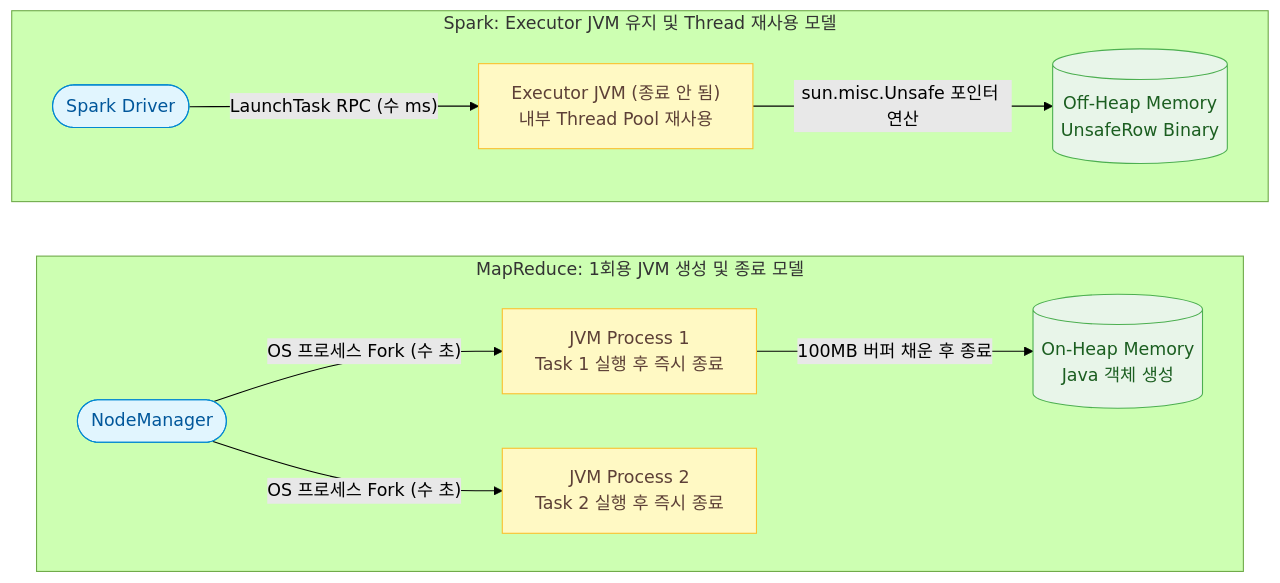
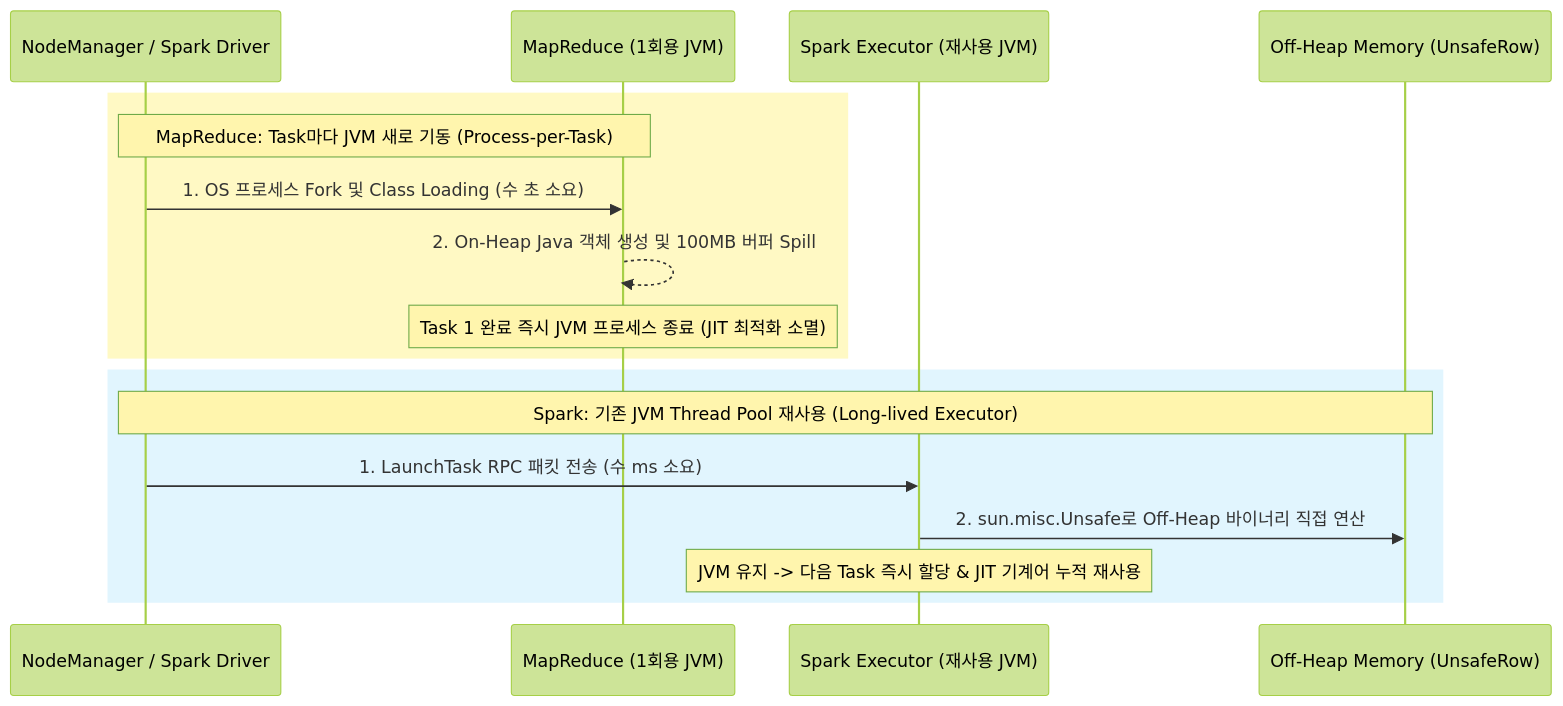
The first of 11 diagrams in docs/dbms/distributed/mapreduce-spark-and-distributed-db-internals.md (djpibo/djpibo.github.io), drawn with Mermaid (forest theme) before and after one commit. The commit also changed other lines of this file and 4 other files, not shown here.

Commit message:
style(mermaid): remove hachure fill, refactor key diagrams to sequence/decision-tree, and update AGENTS.md

````diff
--- a/docs/dbms/distributed/mapreduce-spark-and-distributed-db-internals.md
+++ b/docs/dbms/distributed/mapreduce-spark-and-distributed-db-internals.md
@@ -21,26 +21,21 @@
 ```mermaid
-flowchart LR
-    classDef storage fill:#E8F5E9,stroke:#4CAF50,color:#1B5E20;
-    classDef process fill:#FFF9C4,stroke:#FBC02D,color:#5D4037;
-    classDef cloud fill:#E1F5FE,stroke:#0288D1,color:#01579B;
+sequenceDiagram
+    participant Master as NodeManager / Spark Driver
+    participant MR as MapReduce (1회용 JVM)
+    participant SP as Spark Executor (재사용 JVM)
+    participant Mem as Off-Heap Memory (UnsafeRow)
 
-    subgraph MR ["MapReduce: 1회용 JVM 생성 및 종료 모델"]
-        direction LR
-        NM1(["NodeManager"]):::cloud
-        JVM1["JVM Process 1<br/>Task 1 실행 후 즉시 종료"]:::process
-        JVM2["JVM Process 2<br/>Task 2 실행 후 즉시 종료"]:::process
-        HEAP1[("On-Heap Memory<br/>Java 객체 생성")]:::storage
-        NM1 -->|"OS 프로세스 Fork (수 초)"| JVM1
-        NM1 -->|"OS 프로세스 Fork (수 초)"| JVM2
-        JVM1 -->|"100MB 버퍼 채운 후 종료"| HEAP1
+    rect rgb(255, 249, 196)
+        Note over Master,MR: MapReduce: Task마다 JVM 새로 기동 (Process-per-Task)
+        Master->>MR: 1. OS 프로세스 Fork 및 Class Loading (수 초 소요)
+        MR-->>MR: 2. On-Heap Java 객체 생성 및 100MB 버퍼 Spill
+        Note over MR: Task 1 완료 즉시 JVM 프로세스 종료 (JIT 최적화 소멸)
     end
 
-    subgraph SP ["Spark: Executor JVM 유지 및 Thread 재사용 모델"]
-        direction LR
-        DRV(["Spark Driver"]):::cloud
-        EXEC["Executor JVM (종료 안 됨)<br/>내부 Thread Pool 재사용"]:::process
-        TUNG[("Off-Heap Memory<br/>UnsafeRow Binary")]:::storage
-        DRV -->|"LaunchTask RPC (수 ms)"| EXEC
-        EXEC -->|"sun.misc.Unsafe 포인터 연산"| TUNG
+    rect rgb(225, 245, 254)
+        Note over Master,Mem: Spark: 기존 JVM Thread Pool 재사용 (Long-lived Executor)
+        Master->>SP: 1. LaunchTask RPC 패킷 전송 (수 ms 소요)
+        SP->>Mem: 2. sun.misc.Unsafe로 Off-Heap 바이너리 직접 연산
+        Note over SP: JVM 유지 -> 다음 Task 즉시 할당 & JIT 기계어 누적 재사용
     end
 ```
````
